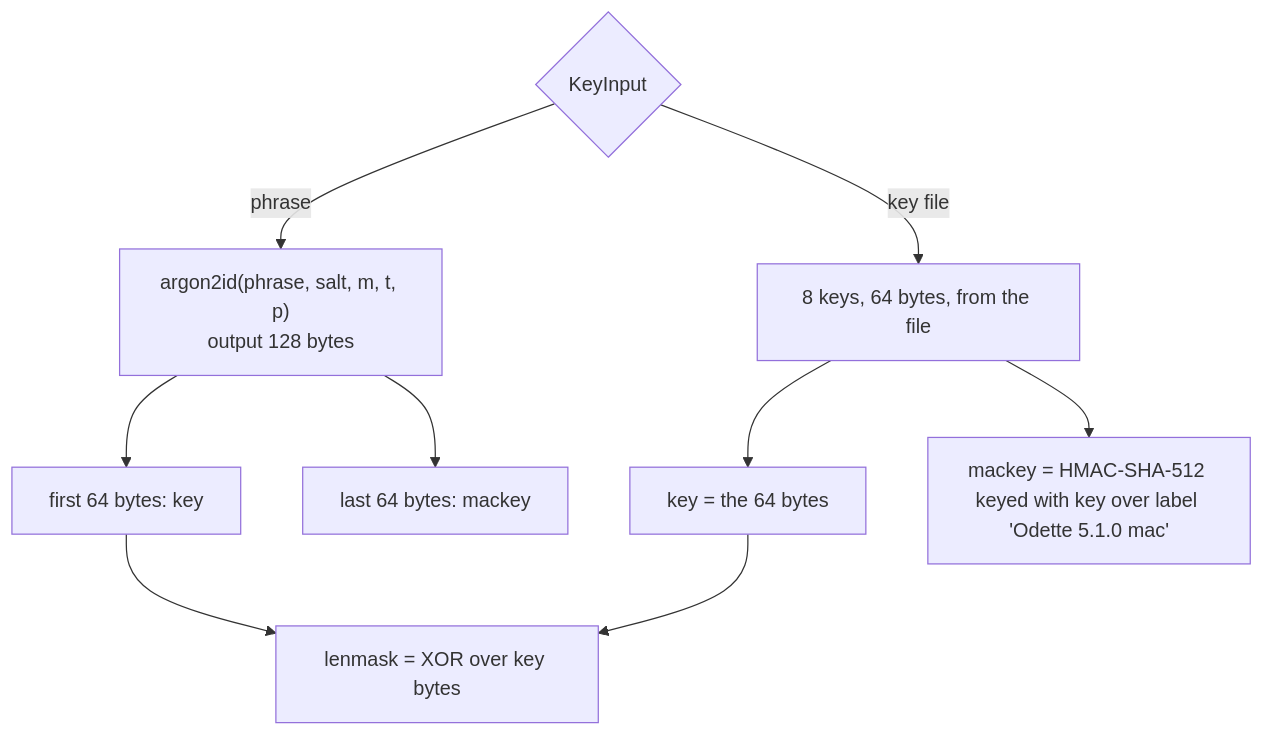
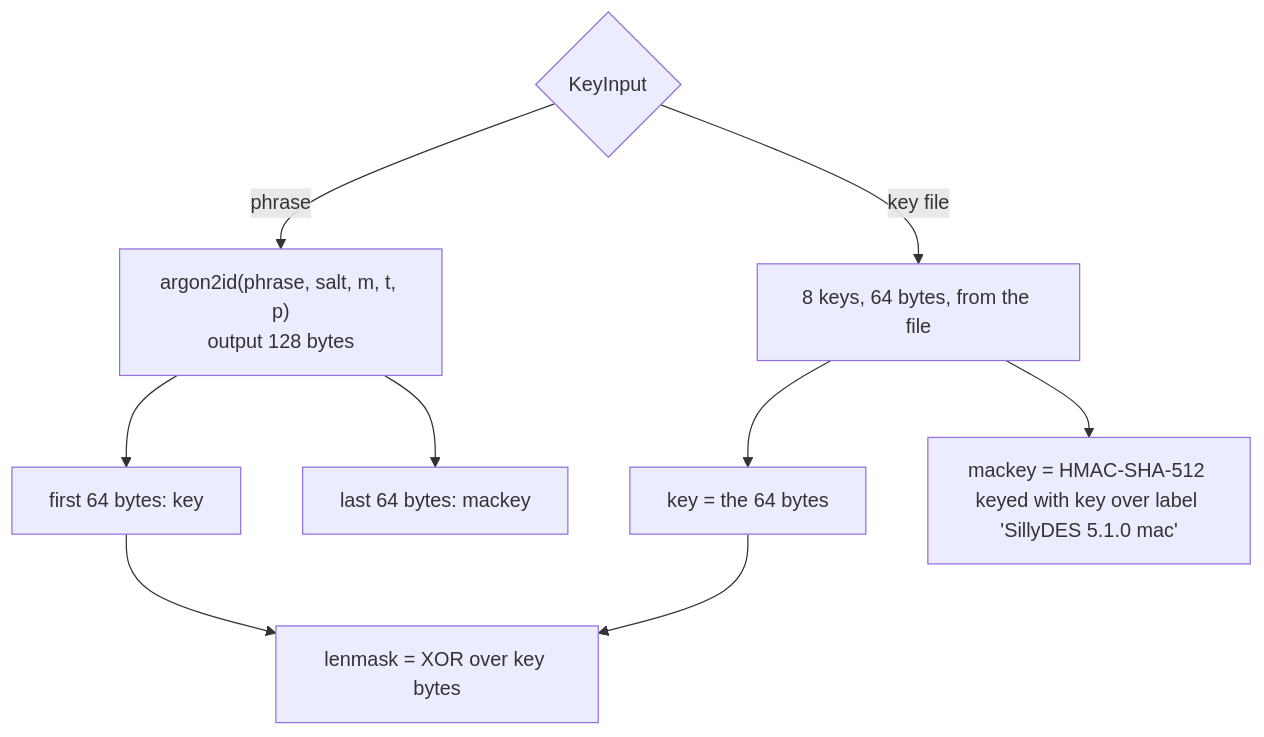
The sixth of 10 diagrams in STRUCTURE.md (avw1ein/sillydes), drawn with Mermaid before and after one commit. The commit also changed other lines of this file and 17 other files, not shown here.

First line of the commit message:
Rename project from Odette to SillyDES

````diff
--- a/STRUCTURE.md
+++ b/STRUCTURE.md
@@ -266,11 +266,11 @@
 ```mermaid
 flowchart TD
     in{"KeyInput"} -- phrase --> sc["argon2id(phrase, salt, m, t, p)<br/>output 128 bytes"]
     in -- key file --> kf["8 keys, 64 bytes, from the file"]
     sc --> k1["first 64 bytes: key"]
     sc --> k2["last 64 bytes: mackey"]
     kf --> k3["key = the 64 bytes"]
-    kf --> hm["mackey = HMAC-SHA-512 keyed with key over label 'Odette 5.1.0 mac'"]
+    kf --> hm["mackey = HMAC-SHA-512 keyed with key over label 'SillyDES 5.1.0 mac'"]
     k1 --> lm["lenmask = XOR over key bytes"]
     k3 --> lm
 ```
````
